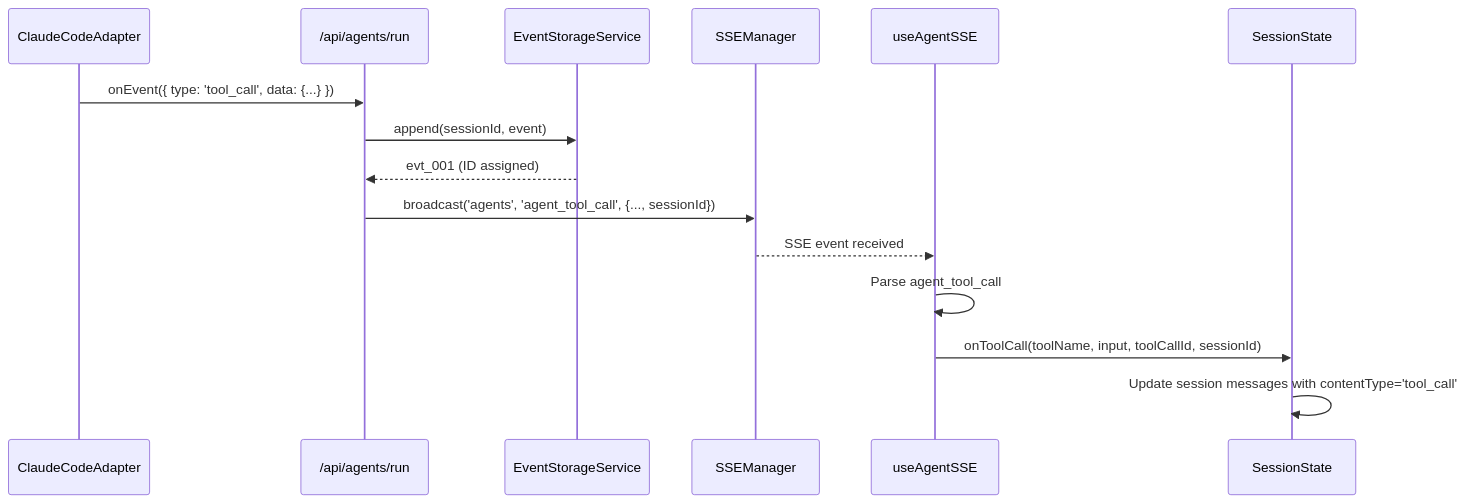
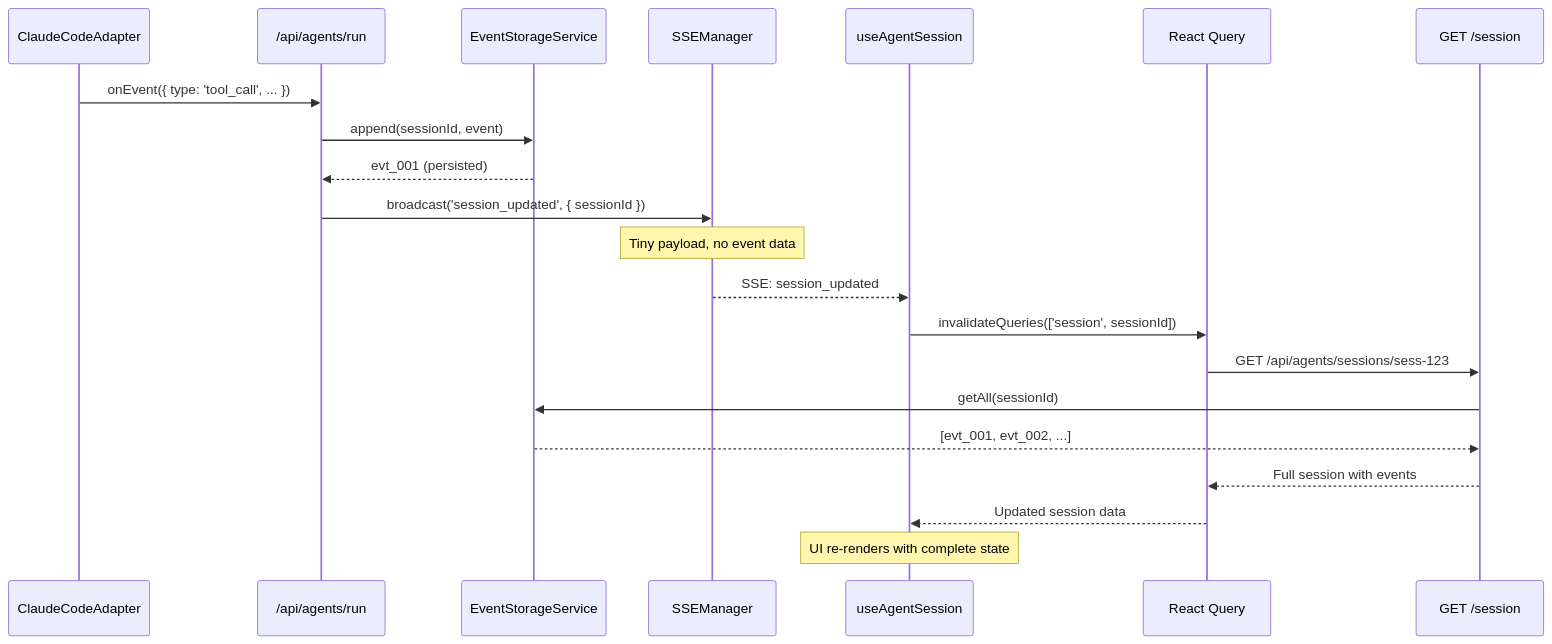
Before and after one commit to AI-Substrate/chainglass: the third of 4 diagrams in docs/plans/015-better-agents/tasks/phase-3-sse-broadcast-integration/tasks.md, drawn with Mermaid. The commit also changed other lines of this file and 1 other file, not shown here.

First line of the commit message:
feat(015): Phase 3 notification-fetch architecture design

````diff
--- a/docs/plans/015-better-agents/tasks/phase-3-sse-broadcast-integration/tasks.md
+++ b/docs/plans/015-better-agents/tasks/phase-3-sse-broadcast-integration/tasks.md
@@ -423,18 +358,24 @@
 ```mermaid
 sequenceDiagram
     participant Adapter as ClaudeCodeAdapter
     participant Route as /api/agents/run
     participant Storage as EventStorageService
     participant SSE as SSEManager
-    participant Hook as useAgentSSE
-    participant State as SessionState
+    participant Hook as useAgentSession
+    participant Query as React Query
+    participant API as GET /session
 
-    Adapter->>Route: onEvent({ type: 'tool_call', data: {...} })
+    Adapter->>Route: onEvent({ type: 'tool_call', ... })
     Route->>Storage: append(sessionId, event)
-    Storage-->>Route: evt_001 (ID assigned)
-    Route->>SSE: broadcast('agents', 'agent_tool_call', {..., sessionId})
-    SSE-->>Hook: SSE event received
-    Hook->>Hook: Parse agent_tool_call
-    Hook->>State: onToolCall(toolName, input, toolCallId, sessionId)
-    State->>State: Update session messages with contentType='tool_call'
+    Storage-->>Route: evt_001 (persisted)
+    Route->>SSE: broadcast('session_updated', { sessionId })
+    Note over SSE: Tiny payload, no event data
+    SSE-->>Hook: SSE: session_updated
+    Hook->>Query: invalidateQueries(['session', sessionId])
+    Query->>API: GET /api/agents/sessions/sess-123
+    API->>Storage: getAll(sessionId)
+    Storage-->>API: [evt_001, evt_002, ...]
+    API-->>Query: Full session with events
+    Query-->>Hook: Updated session data
+    Note over Hook: UI re-renders with complete state
 ```
````
